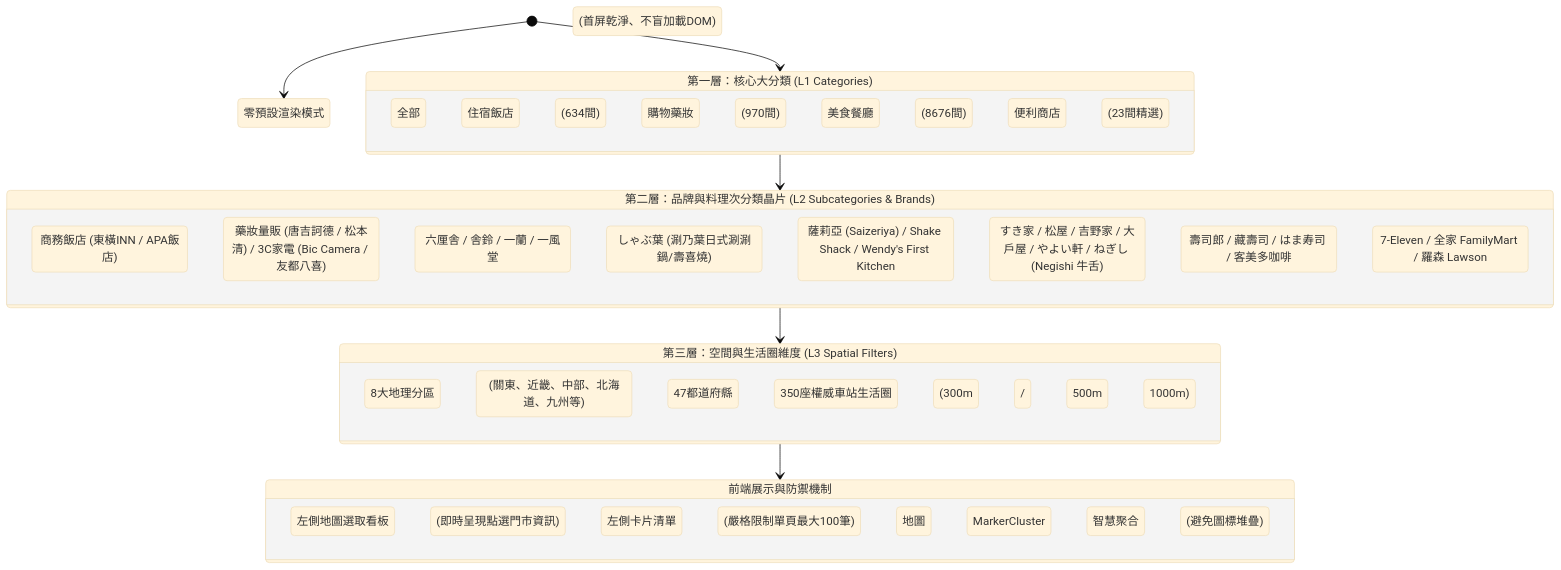
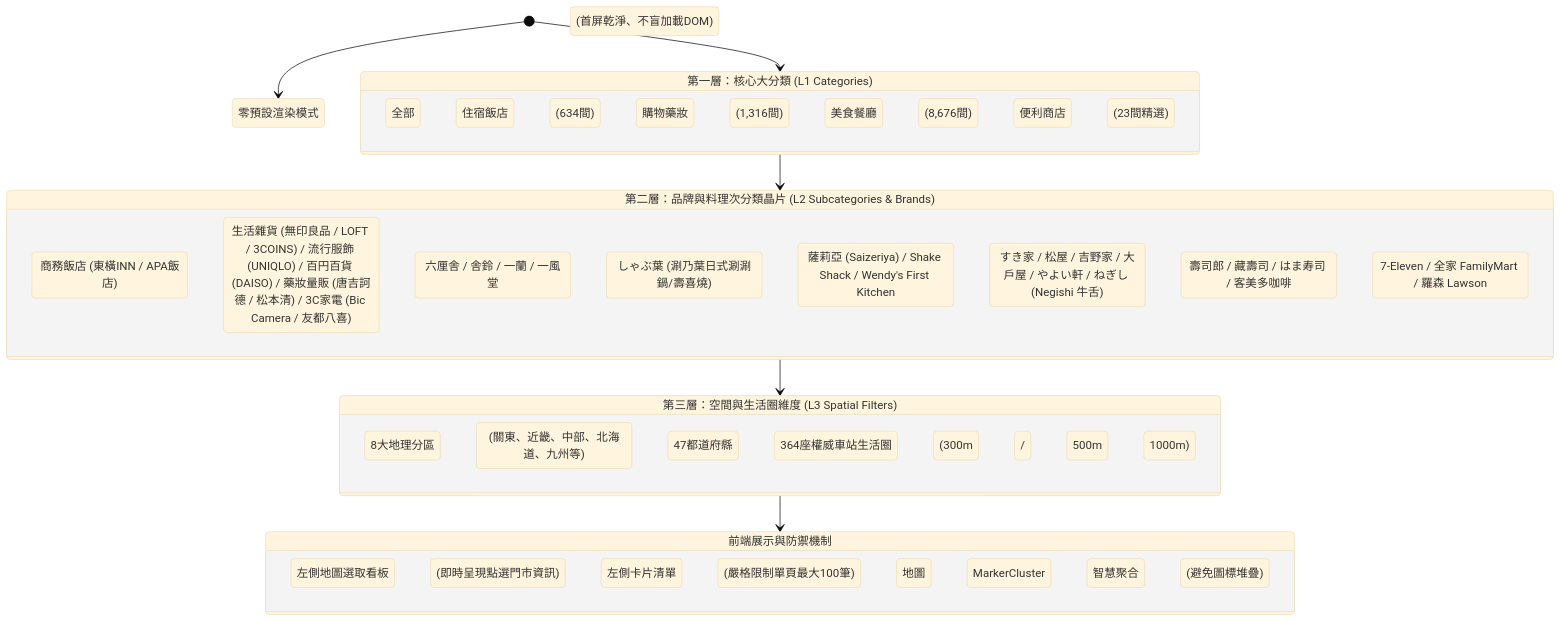
One commit to imhahac/japan-travel-map-guide changed the second of 3 diagrams in docs/ARCHITECTURE.md. Above: the diagram before and after it, drawn with Mermaid (base theme). The commit also changed other lines of this file and 20 other files, not shown here.

Commit message:
feat(brands): add nationwide stores for UNIQLO, MUJI, 3COINS, LOFT, and DAISO

````diff
--- a/docs/ARCHITECTURE.md
+++ b/docs/ARCHITECTURE.md
@@ -92,40 +92,40 @@
 ```mermaid
 stateDiagram-v2
     [*] --> 零預設渲染模式 (首屏乾淨、不盲加載DOM)
 
     state "第一層：核心大分類 (L1 Categories)" as L1 {
         全部
         住宿飯店 (634間)
-        購物藥妝 (970間)
-        美食餐廳 (8676間)
+        購物藥妝 (1,316間)
+        美食餐廳 (8,676間)
         便利商店 (23間精選)
     }
 
     state "第二層：品牌與料理次分類晶片 (L2 Subcategories & Brands)" as L2 {
         住宿: 商務飯店 (東橫INN / APA飯店)
-        購物: 藥妝量販 (唐吉訶德 / 松本清) / 3C家電 (Bic Camera / 友都八喜)
+        購物: 生活雜貨 (無印良品 / LOFT / 3COINS) / 流行服飾 (UNIQLO) / 百円百貨 (DAISO) / 藥妝量販 (唐吉訶德 / 松本清) / 3C家電 (Bic Camera / 友都八喜)
         拉麵: 六厘舎 / 舎鈴 / 一蘭 / 一風堂
         鍋物: しゃぶ葉 (涮乃葉日式涮涮鍋/壽喜燒)
         洋食家庭: 薩莉亞 (Saizeriya) / Shake Shack / Wendy's First Kitchen
         牛丼定食: すき家 / 松屋 / 吉野家 / 大戶屋 / やよい軒 / ねぎし (Negishi 牛舌)
         壽司咖啡: 壽司郎 / 藏壽司 / はま寿司 / 客美多咖啡
         超商: 7-Eleven / 全家 FamilyMart / 羅森 Lawson
     }
 
     state "第三層：空間與生活圈維度 (L3 Spatial Filters)" as L3 {
         8大地理分區 (關東、近畿、中部、北海道、九州等)
         47都道府縣
-        350座權威車站生活圈 (300m / 500m / 1000m)
+        364座權威車站生活圈 (300m / 500m / 1000m)
     }
 
     state "前端展示與防禦機制" as Output {
         左側地圖選取看板 (即時呈現點選門市資訊)
         左側卡片清單 (嚴格限制單頁最大100筆)
         地圖 MarkerCluster 智慧聚合 (避免圖標堆疊)
     }
 
     [*] --> L1
     L1 --> L2
     L2 --> L3
     L3 --> Output
 ```
````
